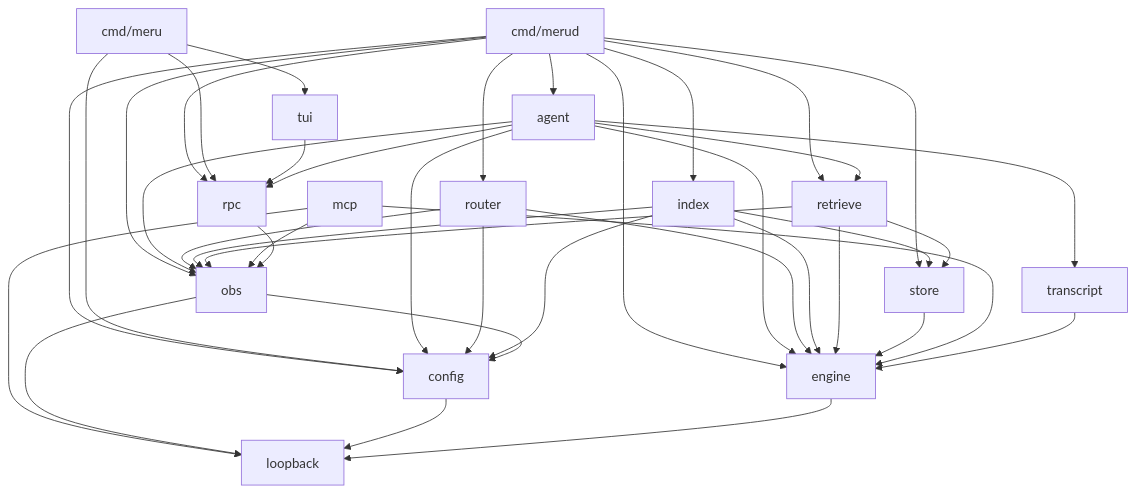
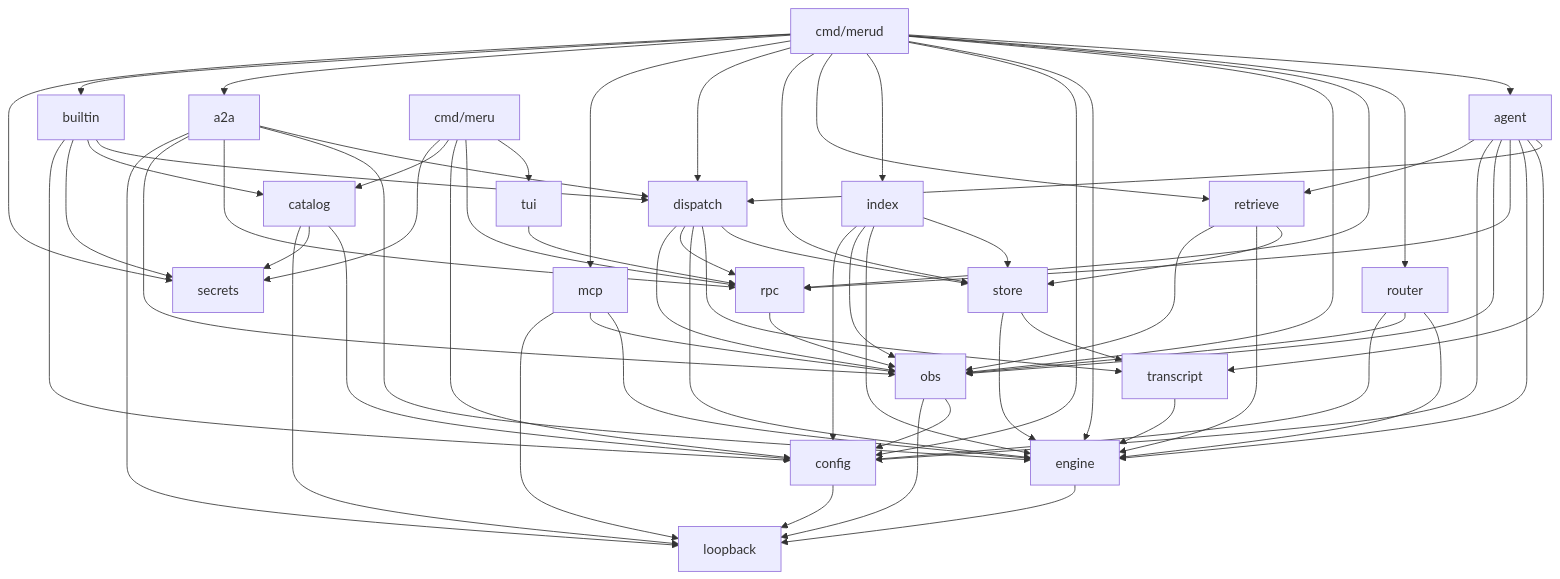
One commit to aarora79/meru changed the first of 3 diagrams in docs/lld.md. Above: the diagram before and after it, drawn with Mermaid. The commit also changed other lines of this file and 11 other files, not shown here.

````diff
--- a/docs/lld.md
+++ b/docs/lld.md
@@ -59,18 +67,23 @@
 ```mermaid
 flowchart TD
     merud["cmd/merud"] --> agent & router & rpc & obs & engine & config
     merud --> index & retrieve & store
-    meru["cmd/meru"] --> tui & rpc & config
+    merud --> dispatch & mcp & a2a & builtin & secrets
+    meru["cmd/meru"] --> tui & rpc & config & catalog & secrets
     tui --> rpc
-    agent --> transcript & engine & rpc & obs & config & retrieve
+    agent --> dispatch & transcript & engine & rpc & obs & config & retrieve
+    builtin --> dispatch & catalog & secrets & config
+    a2a --> dispatch & engine & rpc & obs & loopback
+    dispatch --> store & transcript & engine & rpc & obs
+    catalog --> config & secrets & loopback
     router --> engine & obs & config
     index --> store & engine & obs & config
     retrieve --> store & engine & obs
-    store --> engine
+    store --> transcript & engine
     mcp --> engine & obs & loopback
     transcript --> engine
     rpc --> obs
     obs --> config & loopback
     config --> loopback
     engine --> loopback
 ```
````
